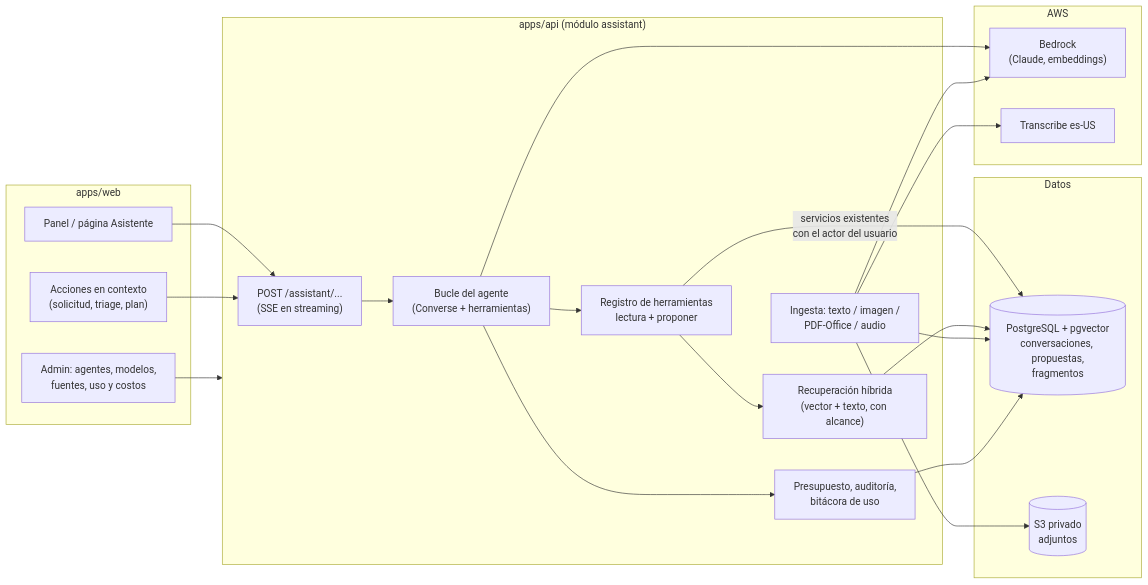
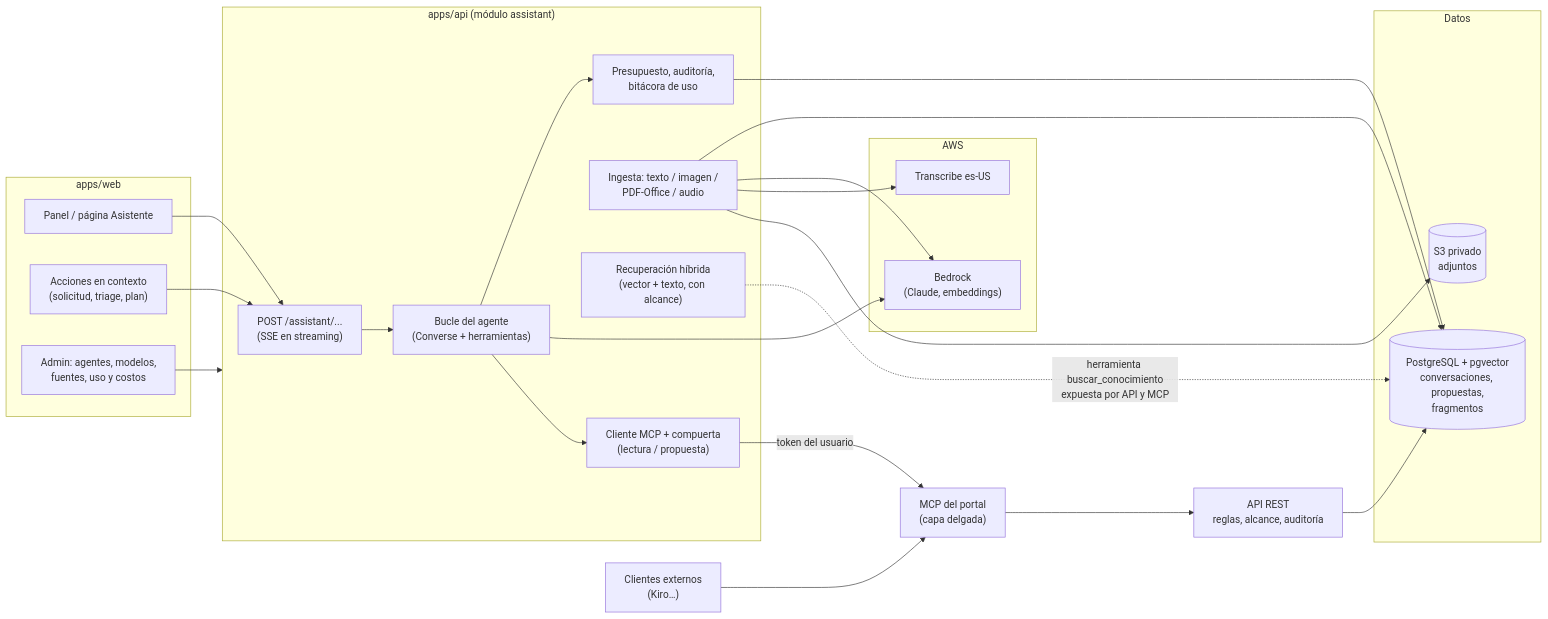
One commit to Jhopa1999/control-phari changed the diagram in docs/design/agente-ia-propuesta.md. Above: the diagram before and after it, drawn with Mermaid. The commit also changed other lines of this file, not shown here.

Commit message:
docs(ia): el asistente usa el MCP del portal; analisis de cobertura y plan por fases revisado (BL-032)

````diff
--- a/docs/design/agente-ia-propuesta.md
+++ b/docs/design/agente-ia-propuesta.md
@@ -144,36 +146,38 @@
 ```mermaid
 flowchart LR
   subgraph Web["apps/web"]
     P["Panel / página Asistente"]
     X["Acciones en contexto<br/>(solicitud, triage, plan)"]
     A["Admin: agentes, modelos,<br/>fuentes, uso y costos"]
   end
   subgraph API["apps/api (módulo assistant)"]
     S["POST /assistant/...<br/>(SSE en streaming)"]
     L["Bucle del agente<br/>(Converse + herramientas)"]
-    T["Registro de herramientas<br/>lectura + proponer"]
+    T["Cliente MCP + compuerta<br/>(lectura / propuesta)"]
     I["Ingesta: texto / imagen /<br/>PDF-Office / audio"]
     R["Recuperación híbrida<br/>(vector + texto, con alcance)"]
     G["Presupuesto, auditoría,<br/>bitácora de uso"]
   end
   subgraph Datos["Datos"]
     PG[("PostgreSQL + pgvector<br/>conversaciones, propuestas,<br/>fragmentos")]
     S3[("S3 privado<br/>adjuntos")]
   end
   subgraph AWS["AWS"]
     B["Bedrock<br/>(Claude, embeddings)"]
     TR["Transcribe es-US"]
   end
   P --> S
   X --> S
   A --> API
   S --> L --> T
   L --> B
-  T -->|servicios existentes<br/>con el actor del usuario| PG
-  T --> R --> PG
+  T -->|token del usuario| M["MCP del portal<br/>(capa delgada)"]
+  M --> AP["API REST<br/>reglas, alcance, auditoría"] --> PG
+  K["Clientes externos<br/>(Kiro…)"] --> M
+  R -.herramienta buscar_conocimiento<br/>expuesta por API y MCP.-> PG
   I --> S3
   I --> TR
   I --> B
   I --> PG
   L --> G --> PG
 ```
````
